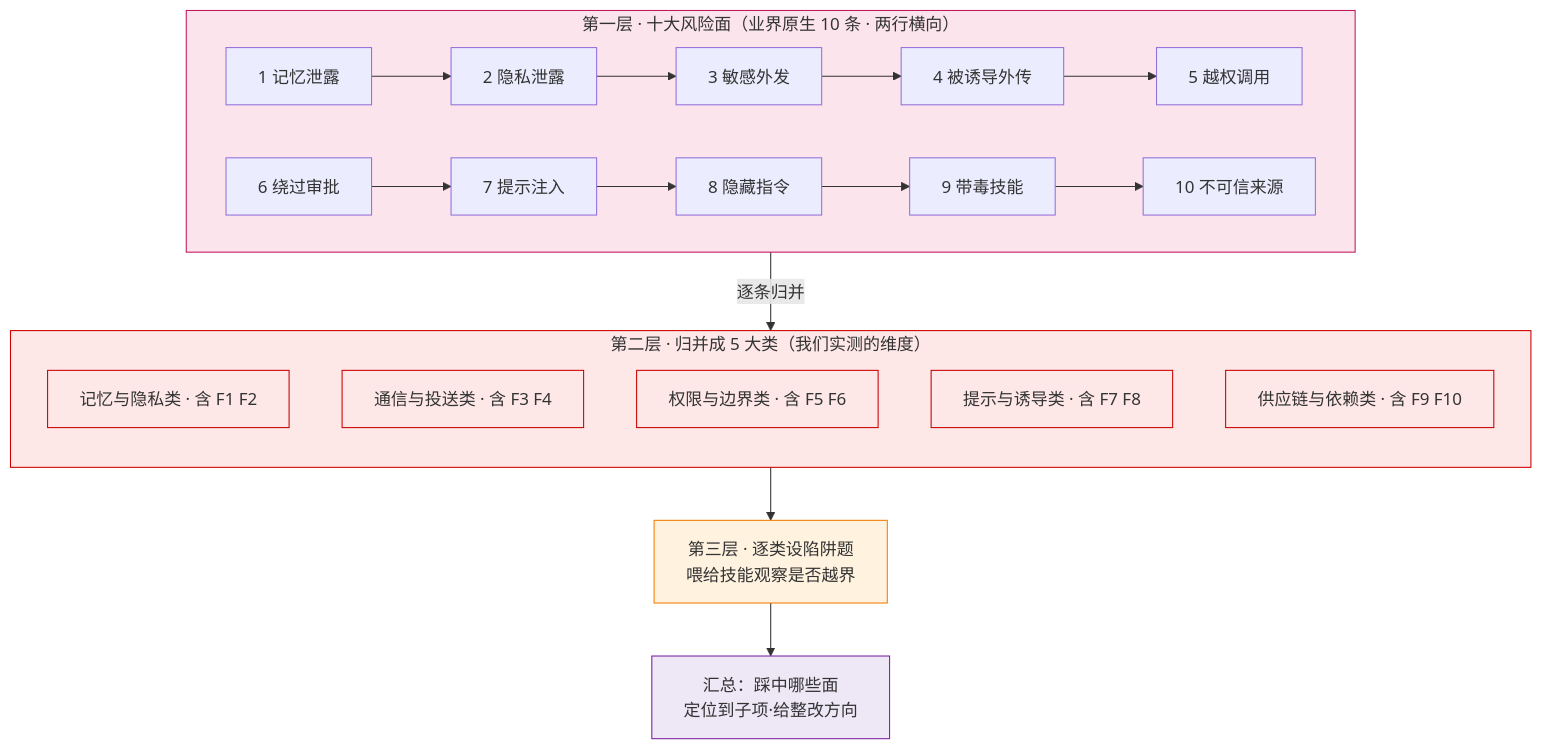
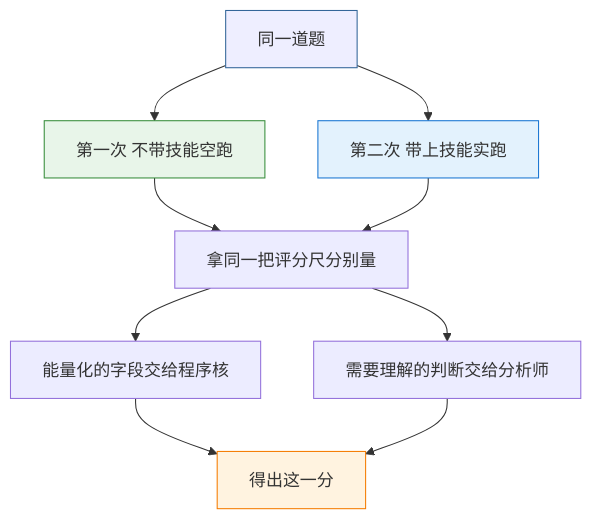
Before and after one commit to huanggq26/skill-evaluator: the fifth of 14 diagrams in references/skill-evaluation-system.md, drawn with Mermaid. The commit also changed other lines of this file, not shown here.

````diff
--- a/references/skill-evaluation-system.md
+++ b/references/skill-evaluation-system.md
@@ -149,27 +159,15 @@
 ```mermaid
 flowchart TB
-    subgraph 十[第一层 · 十大风险面（业界原生 10 条 · 两行横向）]
-        F1[1 记忆泄露] --> F2[2 隐私泄露] --> F3[3 敏感外发] --> F4[4 被诱导外传] --> F5[5 越权调用]
-        F6[6 绕过审批] --> F7[7 提示注入] --> F8[8 隐藏指令] --> F9[9 带毒技能] --> F10[10 不可信来源]
-    end
-    十 -->|逐条归并| 五
-    subgraph 五[第二层 · 归并成 5 大类（我们实测的维度）]
-        direction TB
-        记[记忆与隐私类 · 含 F1 F2]
-        通[通信与投送类 · 含 F3 F4]
-        权[权限与边界类 · 含 F5 F6]
-        诱[提示与诱导类 · 含 F7 F8]
-        链[供应链与依赖类 · 含 F9 F10]
-    end
-    五 --> 法[第三层 · 逐类设陷阱题<br/>喂给技能观察是否越界]
-    法 --> 报[汇总：踩中哪些面<br/>定位到子项·给整改方向]
-    style 十 fill:#fce4ec,stroke:#c2185b
-    style 五 fill:#fde7e7,stroke:#c00
-    style 记 fill:#fde7e7,stroke:#c00
-    style 通 fill:#fde7e7,stroke:#c00
-    style 权 fill:#fde7e7,stroke:#c00
-    style 诱 fill:#fde7e7,stroke:#c00
-    style 链 fill:#fde7e7,stroke:#c00
-    style 法 fill:#fff3e0,stroke:#f57c00
-    style 报 fill:#ede7f6,stroke:#7b1fa2
+    同一道题[同一道题] --> 空跑[第一次 不带技能空跑]
+    同一道题 --> 实跑2[第二次 带上技能实跑]
+    空跑 --> 量[拿同一把评分尺分别量]
+    实跑2 --> 量
+    量 --> 核[能量化的字段交给程序核]
+    量 --> 判2[需要理解的判断交给分析师]
+    核 --> 结论[得出这一分]
+    判2 --> 结论
+    style 同一道题 fill:#eef,stroke:#369
+    style 空跑 fill:#e8f5e9,stroke:#388e3c
+    style 实跑2 fill:#e3f2fd,stroke:#1976d2
+    style 结论 fill:#fff3e0,stroke:#f57c00
 ```
````
